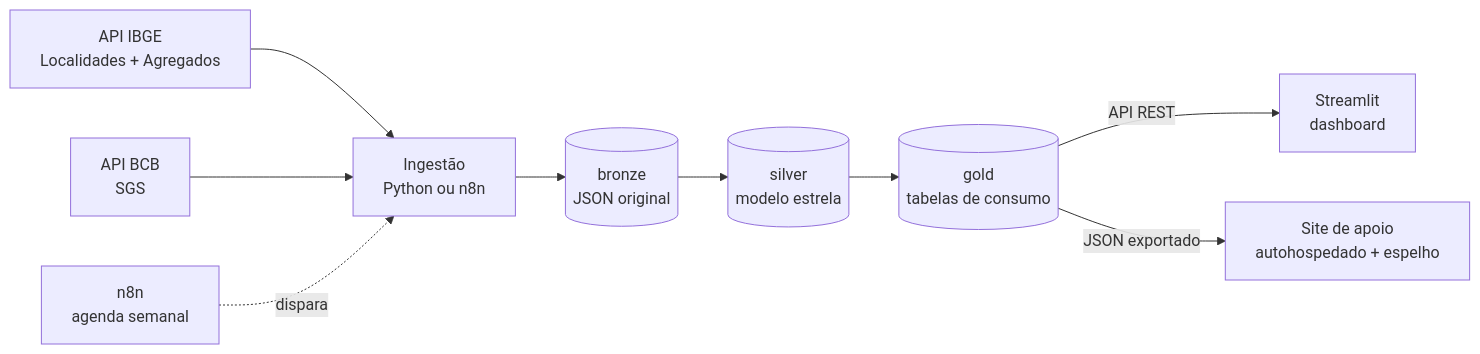
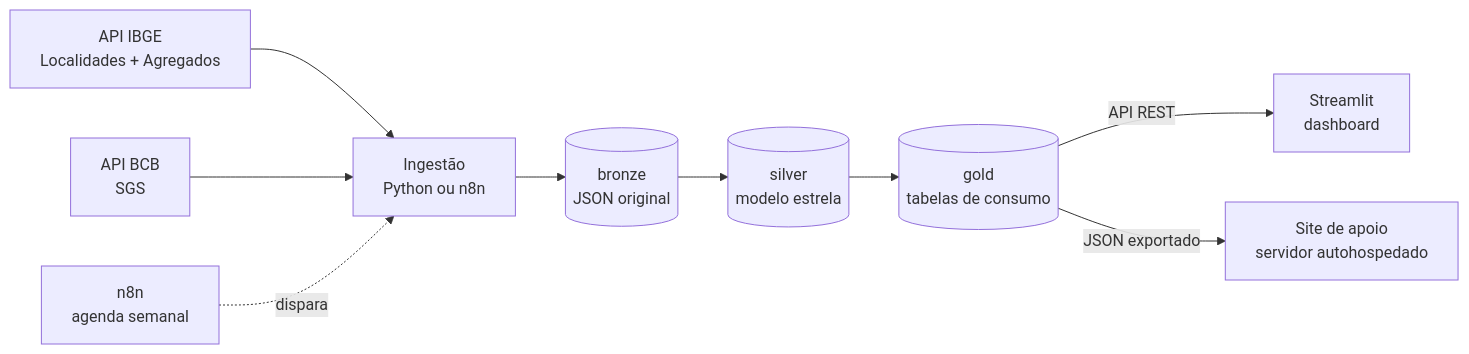
One commit to JJ-Junior/radar-expansao changed the diagram in README.md. Above: the diagram before and after it, drawn with Mermaid. The commit also changed other lines of this file and 2 other files, not shown here.

Commit message:
docs: site publicado só no servidor autohospedado

````diff
--- a/README.md
+++ b/README.md
@@ -42,11 +42,11 @@
 ```mermaid
 flowchart LR
     IBGE[API IBGE<br/>Localidades + Agregados] --> ING[Ingestão<br/>Python ou n8n]
     BCB[API BCB<br/>SGS] --> ING
     N8N[n8n<br/>agenda semanal] -.dispara.-> ING
     ING --> B[(bronze<br/>JSON original)]
     B --> S[(silver<br/>modelo estrela)]
     S --> G[(gold<br/>tabelas de consumo)]
     G -->|API REST| APP[Streamlit<br/>dashboard]
-    G -->|JSON exportado| SITE[Site de apoio<br/>autohospedado + espelho]
+    G -->|JSON exportado| SITE[Site de apoio<br/>servidor autohospedado]
 ```
````
